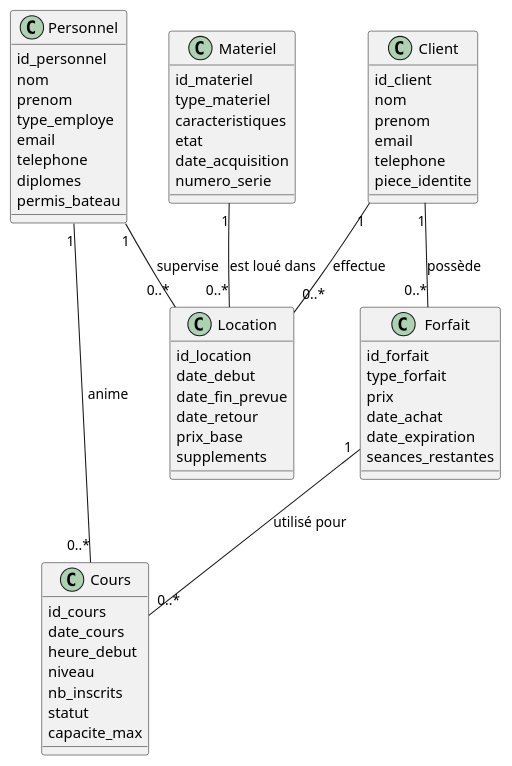
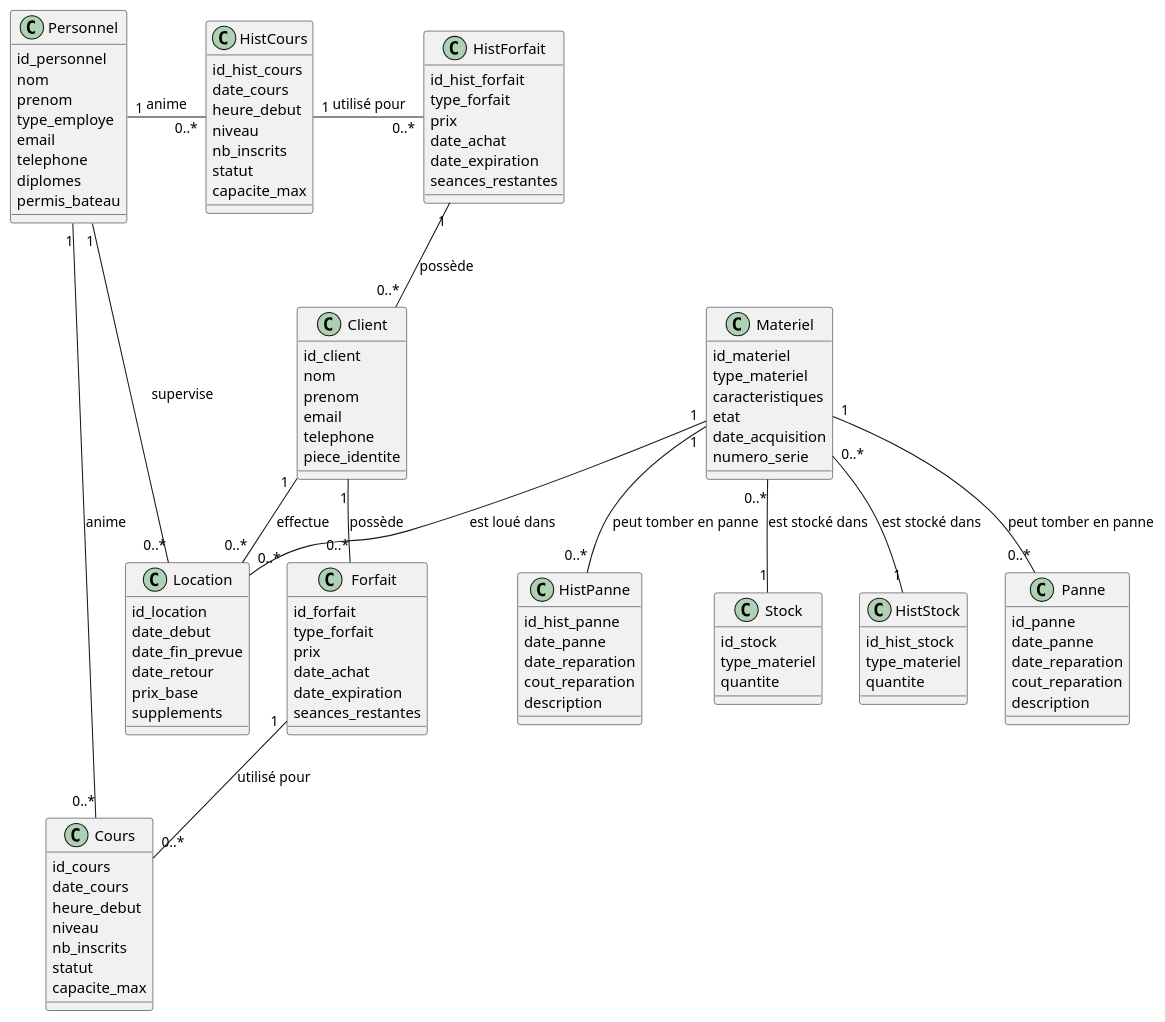
One commit to Hugo-COLLIN/MIAGE_CSI_NauticalClub changed the diagram in docs/1-analysis/generalDesignClassDiagram.puml. Above: the diagram before and after it, drawn with PlantUML.

Commit message:
docs: adding Stock, Panne, and History for some classes

```diff
--- a/docs/1-analysis/generalDesignClassDiagram.puml
+++ b/docs/1-analysis/generalDesignClassDiagram.puml
@@ -1,66 +1,122 @@
 @startuml
     class Personnel {
         id_personnel
         nom
         prenom
         type_employe
         email
         telephone
         diplomes
         permis_bateau
     }
 
     class Client {
         id_client
         nom
         prenom
         email
         telephone
         piece_identite
     }
 
     class Materiel {
         id_materiel
         type_materiel
         caracteristiques
         etat
         date_acquisition
         numero_serie
     }
 
     class Forfait {
         id_forfait
         type_forfait
         prix
         date_achat
         date_expiration
         seances_restantes
     }
 
+    class HistForfait {
+        id_hist_forfait
+        type_forfait
+        prix
+        date_achat
+        date_expiration
+        seances_restantes
+    }
+
     class Cours {
         id_cours
+        date_cours
+        heure_debut
+        niveau
+        nb_inscrits
+        statut
+        capacite_max
+    }
+
+    class HistCours {
+        id_hist_cours
         date_cours
         heure_debut
         niveau
         nb_inscrits
         statut
         capacite_max
     }
 
     class Location {
         id_location
         date_debut
         date_fin_prevue
         date_retour
         prix_base
         supplements
     }
 
+    class Panne {
+        id_panne
+        date_panne
+        date_reparation
+        cout_reparation
+        description
+    }
+
+    class HistPanne {
+        id_hist_panne
+        date_panne
+        date_reparation
+        cout_reparation
+        description
+    }
+
+    class Stock {
+        id_stock
+        type_materiel
+        quantite
+    }
+
+    class HistStock {
+        id_hist_stock
+        type_materiel
+        quantite
+    }
+
     Client "1" -- "0..*" Forfait: possède
     Client "1" -- "0..*" Location: effectue
     Personnel "1" -- "0..*" Cours: anime
     Materiel "1" -- "0..*" Location: est loué dans
     Forfait "1" -- "0..*" Cours: utilisé pour
     Personnel "1" -- "0..*" Location: supervise
+    Materiel "1" -- "0..*" Panne: peut tomber en panne
+    Materiel "1" -- "0..*" HistPanne: peut tomber en panne
+    Materiel "0..*" -- "1" Stock: est stocké dans
+    Materiel "0..*" -- "1" HistStock: est stocké dans
+    HistCours "1" - "0..*" HistForfait: utilisé pour
+    Personnel "1" - "0..*" HistCours : anime
+    HistForfait "1" -- "0..*" Client: possède
+
+
 
 @enduml
```
